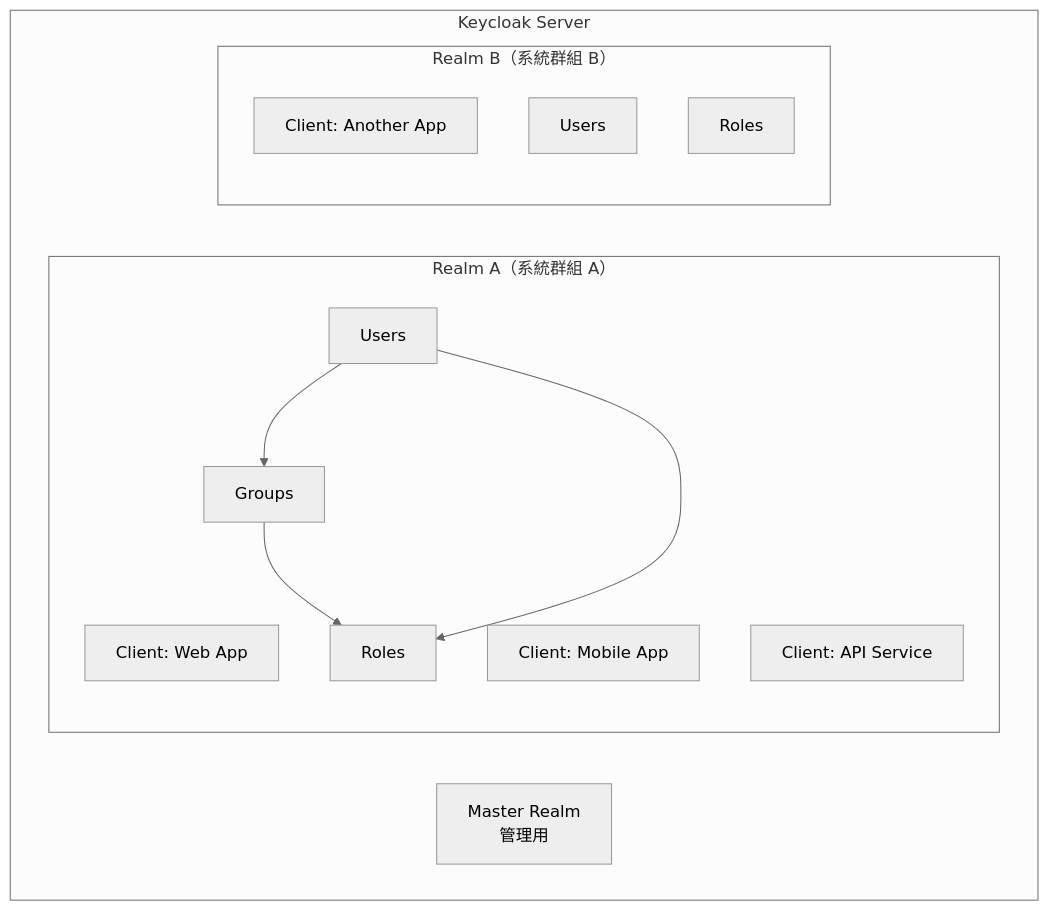
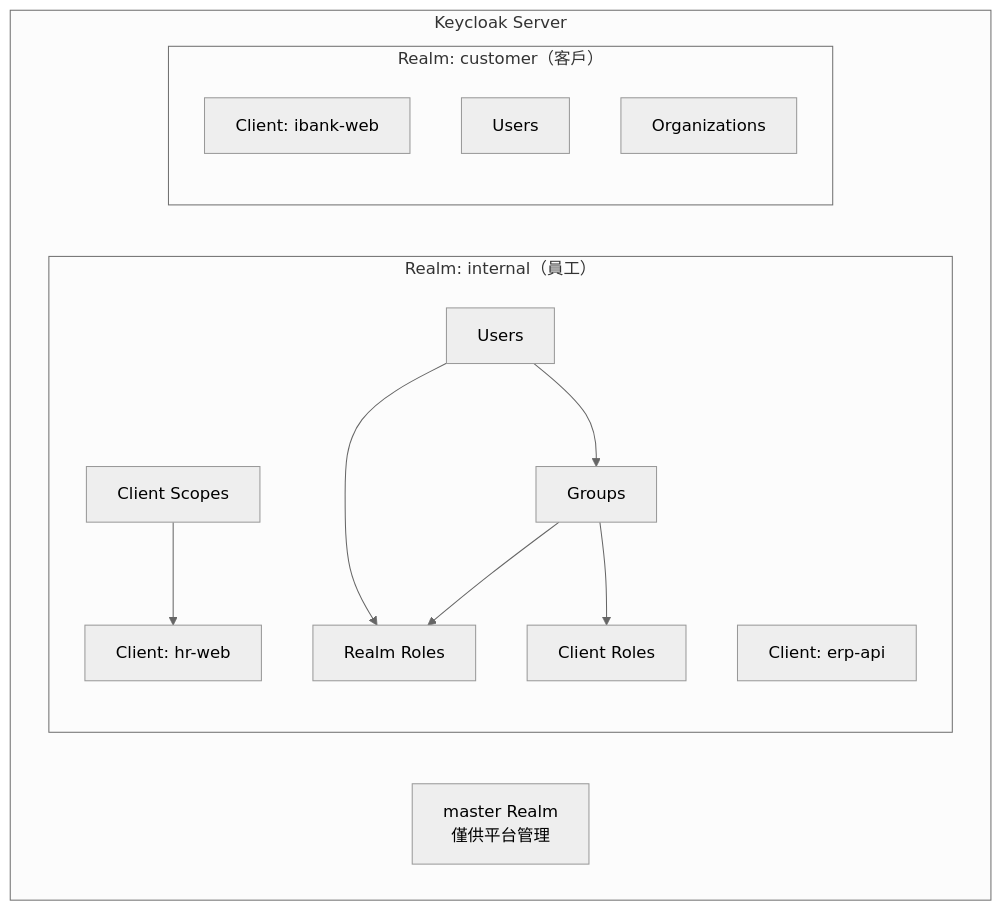
One commit to chihhung/Blog changed the third of 19 diagrams in content/posts/教學/工具/Keycloak教學手冊.md. Above: the diagram before and after it, drawn with Mermaid (neutral theme). The commit also changed other lines of this file and 10 other files, not shown here.

````diff
--- a/content/posts/教學/工具/Keycloak教學手冊.md
+++ b/content/posts/教學/工具/Keycloak教學手冊.md
@@ -240,26 +548,28 @@
 ```mermaid
 graph TB
-    subgraph "Keycloak Server"
-        Master[Master Realm<br/>管理用]
-        
-        subgraph "Realm A（系統群組 A）"
-            CA1[Client: Web App]
-            CA2[Client: Mobile App]
-            CA3[Client: API Service]
-            
+    subgraph KS["Keycloak Server"]
+        Master[master Realm<br/>僅供平台管理]
+
+        subgraph RA["Realm: internal（員工）"]
+            CA1[Client: hr-web]
+            CA2[Client: erp-api]
             UA[Users]
-            RA[Roles]
             GA[Groups]
+            RRA[Realm Roles]
+            CRA[Client Roles]
+            CSA[Client Scopes]
         end
-        
-        subgraph "Realm B（系統群組 B）"
-            CB1[Client: Another App]
+
+        subgraph RB["Realm: customer（客戶）"]
+            CB1[Client: ibank-web]
             UB[Users]
-            RB[Roles]
+            ORG[Organizations]
         end
     end
-    
+
     UA --> GA
-    GA --> RA
-    UA --> RA
+    GA --> RRA
+    GA --> CRA
+    UA --> RRA
+    CSA --> CA1
 ```
````
